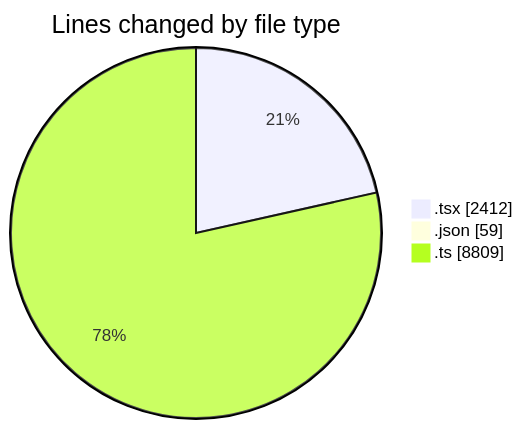
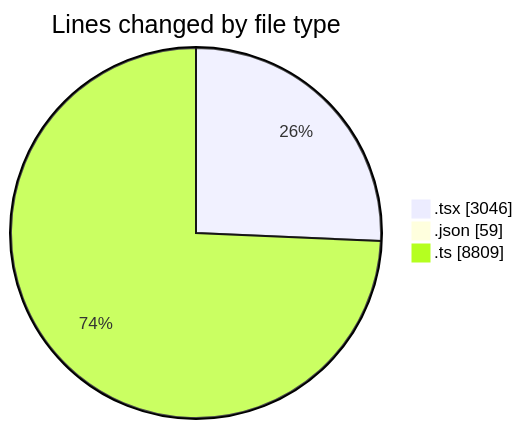
Before and after one commit to momahboobian/code-tracking: the first of 2 diagrams in 2025-11-24/cda/README.md, drawn with Mermaid. The commit also changed other lines of this file and 1 other file, not shown here.

````diff
--- a/2025-11-24/cda/README.md
+++ b/2025-11-24/cda/README.md
@@ -32,7 +33,7 @@
 ```mermaid
 pie showData
 title Lines changed by file type
-".tsx" : 2412
+".tsx" : 3046
 ".json" : 59
 ".ts" : 8809
 ```
````
